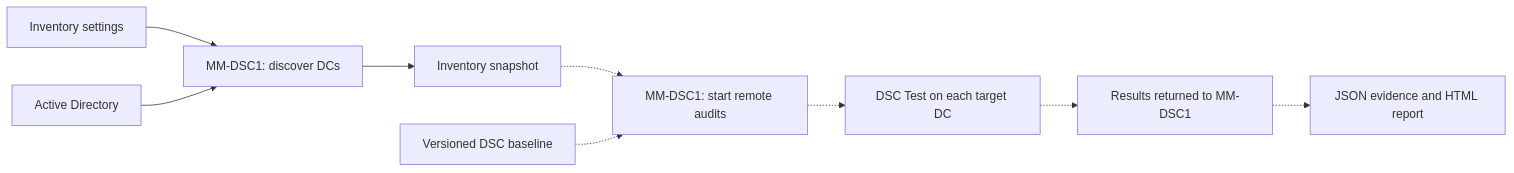
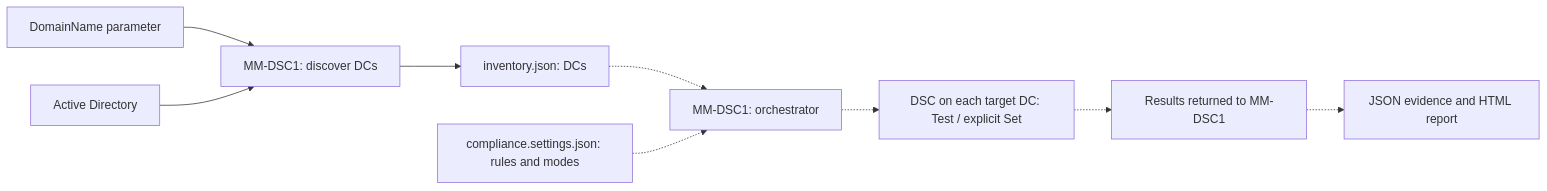
One commit to 0xMati/Tech-Blog changed the diagram in 110 - Platform/Windows Server/Concepts/Desired State Configuration/Domain Controller Compliance with DSC v3.md. Above: the diagram before and after it, drawn with Mermaid. The commit also changed other lines of this file and 2 other files, not shown here.

````diff
--- a/110 - Platform/Windows Server/Concepts/Desired State Configuration/Domain Controller Compliance with DSC v3.md
+++ b/110 - Platform/Windows Server/Concepts/Desired State Configuration/Domain Controller Compliance with DSC v3.md
@@ -69,11 +76,11 @@
 ```mermaid
 flowchart LR
-    Settings["Inventory settings"] --> Inventory["MM-DSC1: discover DCs"]
+    Domain["DomainName parameter"] --> Inventory["MM-DSC1: discover DCs"]
     AD["Active Directory"] --> Inventory
-    Inventory --> Snapshot["Inventory snapshot"]
-    Snapshot -.-> Audit["MM-DSC1: start remote audits"]
-    Baseline["Versioned DSC baseline"] -.-> Audit
-    Audit -.-> Target["DSC Test on each target DC"]
+    Inventory --> Snapshot["inventory.json: DCs"]
+    Snapshot -.-> Audit["MM-DSC1: orchestrator"]
+    Baseline["compliance.settings.json: rules and modes"] -.-> Audit
+    Audit -.-> Target["DSC on each target DC: Test / explicit Set"]
     Target -.-> Results["Results returned to MM-DSC1"]
     Results -.-> Report["JSON evidence and HTML report"]
 ```
````
